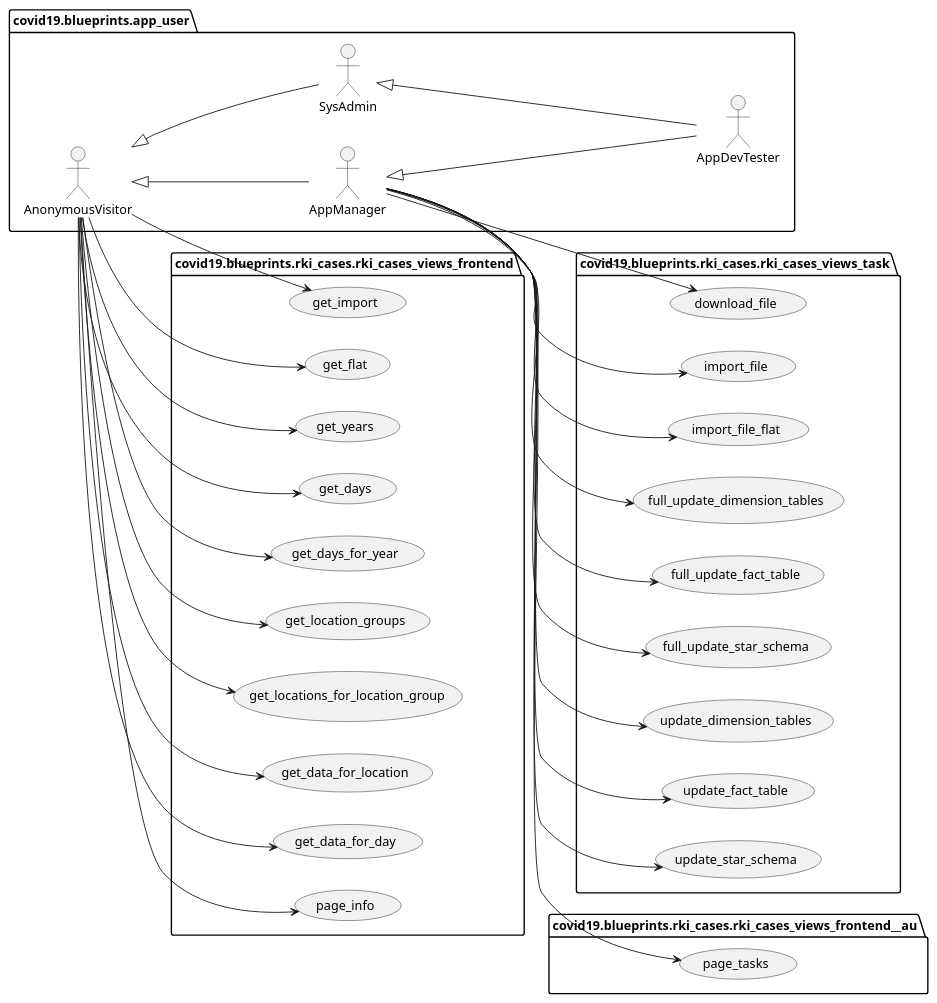
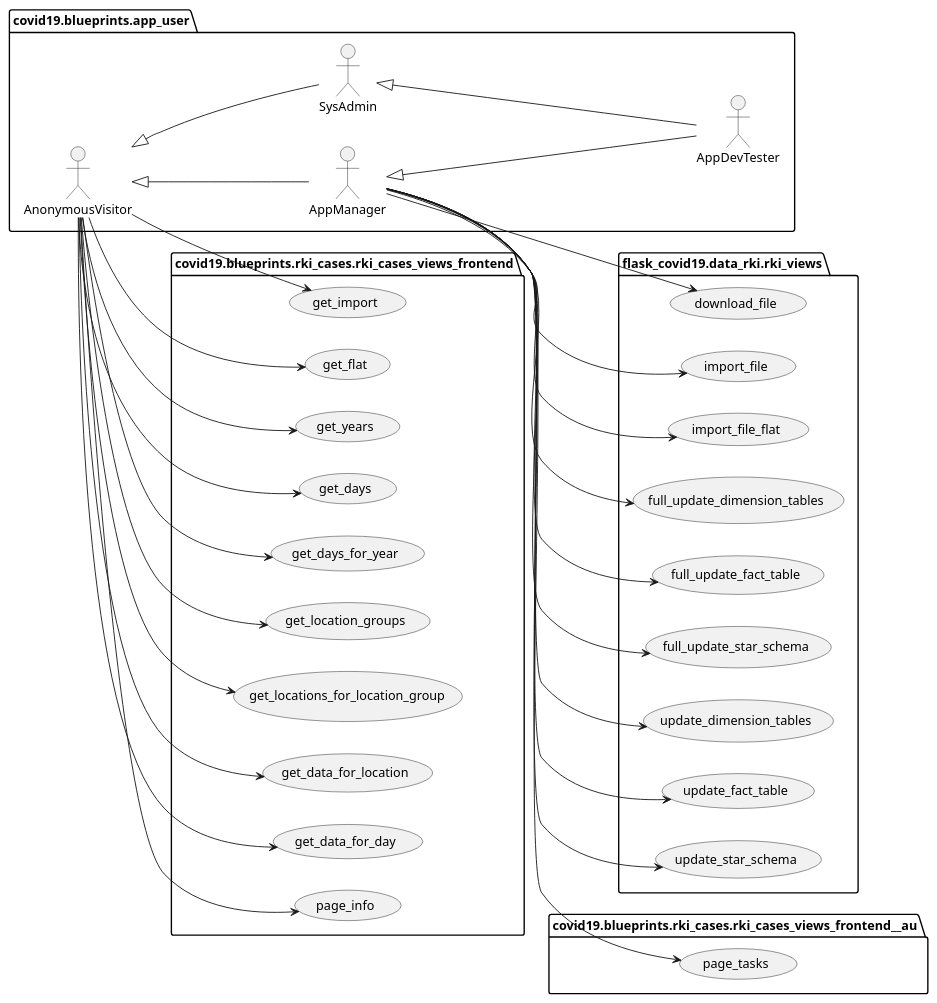
Before and after one commit to thomaswoehlke/flask_covid19: the diagram in docs/blueprints/data_rki/uml/rki_cases_use_cases.puml, drawn with PlantUML. The commit also changed 19 other files, not shown here.

```diff
--- a/docs/blueprints/data_rki/uml/rki_cases_use_cases.puml
+++ b/docs/blueprints/data_rki/uml/rki_cases_use_cases.puml
@@ -1,71 +1,71 @@
 @startuml
 
 left to right direction
 
 package covid19.blueprints.app_user {
 	actor AnonymousVisitor as vu
 	actor AppManager as au
 	actor SysAdmin as su
 	actor AppDevTester as du
 }
 
 package covid19.blueprints.app_user {
 	vu <|-- au
 	vu <|-- su
 	su <|-- du
 	au <|-- du
 }
 
-package covid19.blueprints.rki_cases.rki_cases_views_task {
+package flask_covid19.data_rki.rki_views {
 	usecase download_file as UC1
 	usecase import_file as UC2
 	usecase import_file_flat as UC3
 	usecase full_update_dimension_tables as UC10
 	usecase full_update_fact_table as UC11
 	usecase full_update_star_schema as UC12
 	usecase update_dimension_tables as UC20
 	usecase update_fact_table as UC21
 	usecase update_star_schema as UC22
 }
 
 au --> UC1
 au --> UC2
 au --> UC3
 au --> UC10
 au --> UC11
 au --> UC12
 au --> UC20
 au --> UC21
 au --> UC22
 
 package covid19.blueprints.rki_cases.rki_cases_views_frontend {
 	usecase get_import as UC30
 	usecase get_flat as UC31
 	usecase get_years as UC40
 	usecase get_days as UC41
 	usecase get_days_for_year as UC42
 	usecase get_location_groups as UC43
 	usecase get_locations_for_location_group as UC44
 	usecase get_data_for_location as UC45
 	usecase get_data_for_day as UC46
     usecase page_info as UC80
 }
 
 vu --> UC30
 vu --> UC31
 vu --> UC40
 vu --> UC41
 vu --> UC42
 vu --> UC43
 vu --> UC44
 vu --> UC45
 vu --> UC46
 vu --> UC80
 
 package covid19.blueprints.rki_cases.rki_cases_views_frontend__au {
     usecase page_tasks as UC81
 }
 
 au --> UC81
 
 @enduml
```
